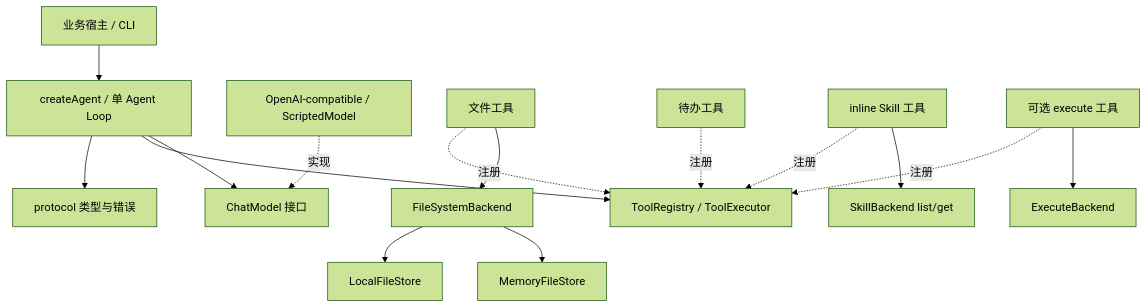
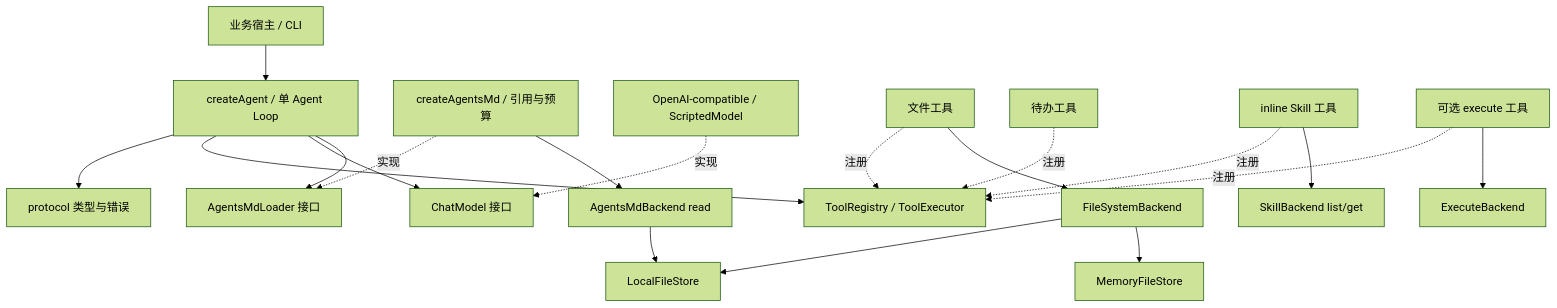
One commit to cui-hub/enio-node changed the first of 2 diagrams in docs/architecture.md. Above: the diagram before and after it, drawn with Mermaid (forest theme). The commit also changed other lines of this file and 10 other files, not shown here.

Commit message:
feat: load workspace instructions from AGENTS.md

````diff
--- a/docs/architecture.md
+++ b/docs/architecture.md
@@ -5,17 +5,21 @@
 ```mermaid
 flowchart TD
   App[业务宿主 / CLI] --> Runtime[createAgent / 单 Agent Loop]
   Runtime --> Protocol[protocol 类型与错误]
   Runtime --> Registry[ToolRegistry / ToolExecutor]
   Runtime --> Model[ChatModel 接口]
+  Runtime --> Instructions[AgentsMdLoader 接口]
+  AgentsMd[createAgentsMd / 引用与预算] -.实现.-> Instructions
+  AgentsMd --> InstructionBackend[AgentsMdBackend read]
+  InstructionBackend --> Local
   Provider[OpenAI-compatible / ScriptedModel] -.实现.-> Model
   Files[文件工具] -.注册.-> Registry
   Todo[待办工具] -.注册.-> Registry
   Skill[inline Skill 工具] -.注册.-> Registry
   Execute[可选 execute 工具] -.注册.-> Registry
   Files --> FS[FileSystemBackend]
   FS --> Local[LocalFileStore]
   FS --> Memory[MemoryFileStore]
   Skill --> SkillBackend[SkillBackend list/get]
   Execute --> Process[ExecuteBackend]
 ```
````
